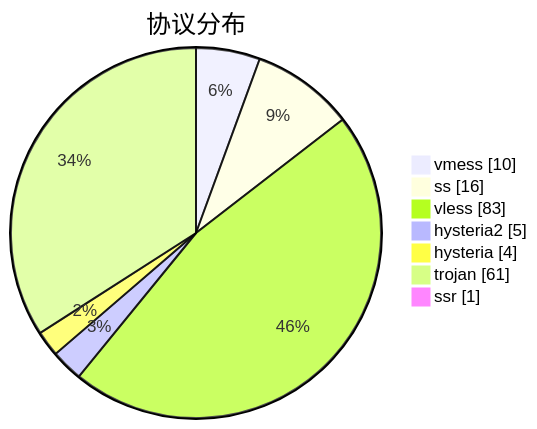
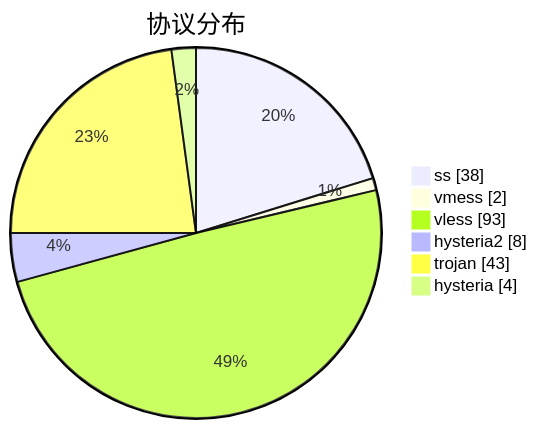
One commit to sinspired/airport changed the third of 3 diagrams in subs/statistics/tested_within.md. Above: the diagram before and after it, drawn with Mermaid. The commit also changed other lines of this file and 2 other files, not shown here.

````diff
--- a/subs/statistics/tested_within.md
+++ b/subs/statistics/tested_within.md
@@ -35,11 +36,10 @@
 ```mermaid
 pie showData
 title 协议分布
-"vmess" : 10
-"ss" : 16
-"vless" : 83
-"hysteria2" : 5
+"ss" : 38
+"vmess" : 2
+"vless" : 93
+"hysteria2" : 8
+"trojan" : 43
 "hysteria" : 4
-"trojan" : 61
-"ssr" : 1
 ```
````
